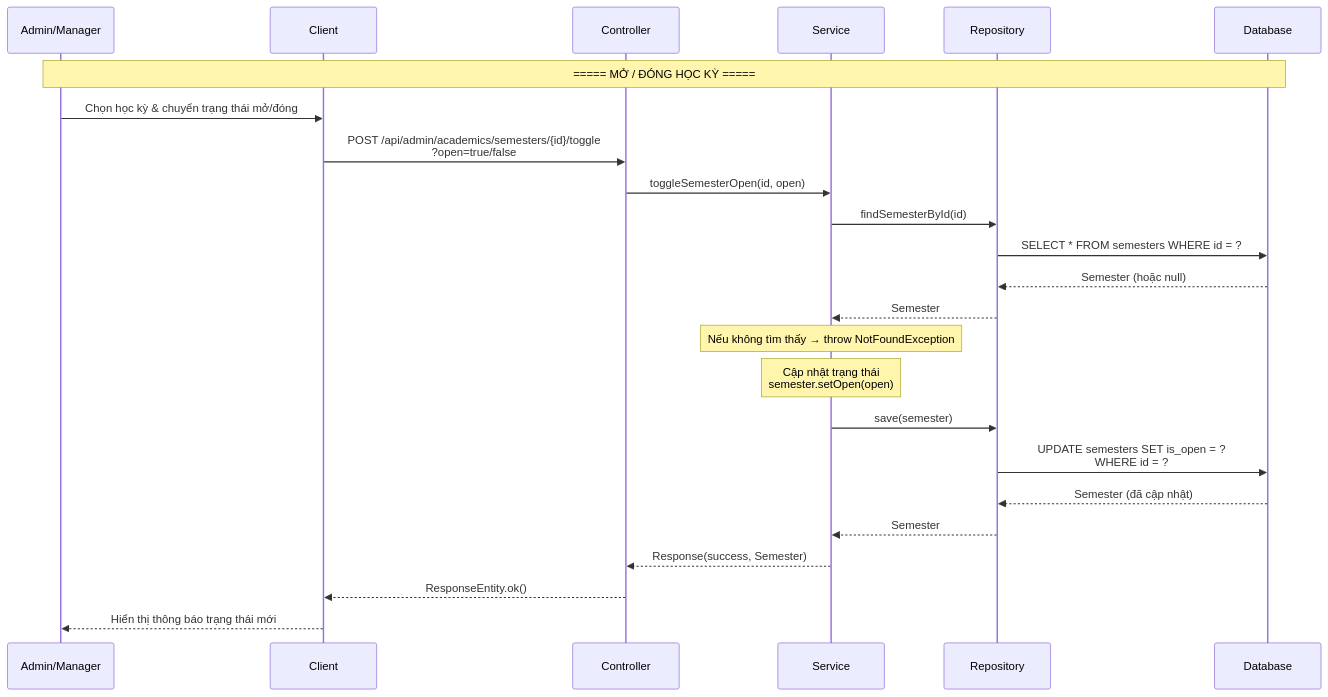
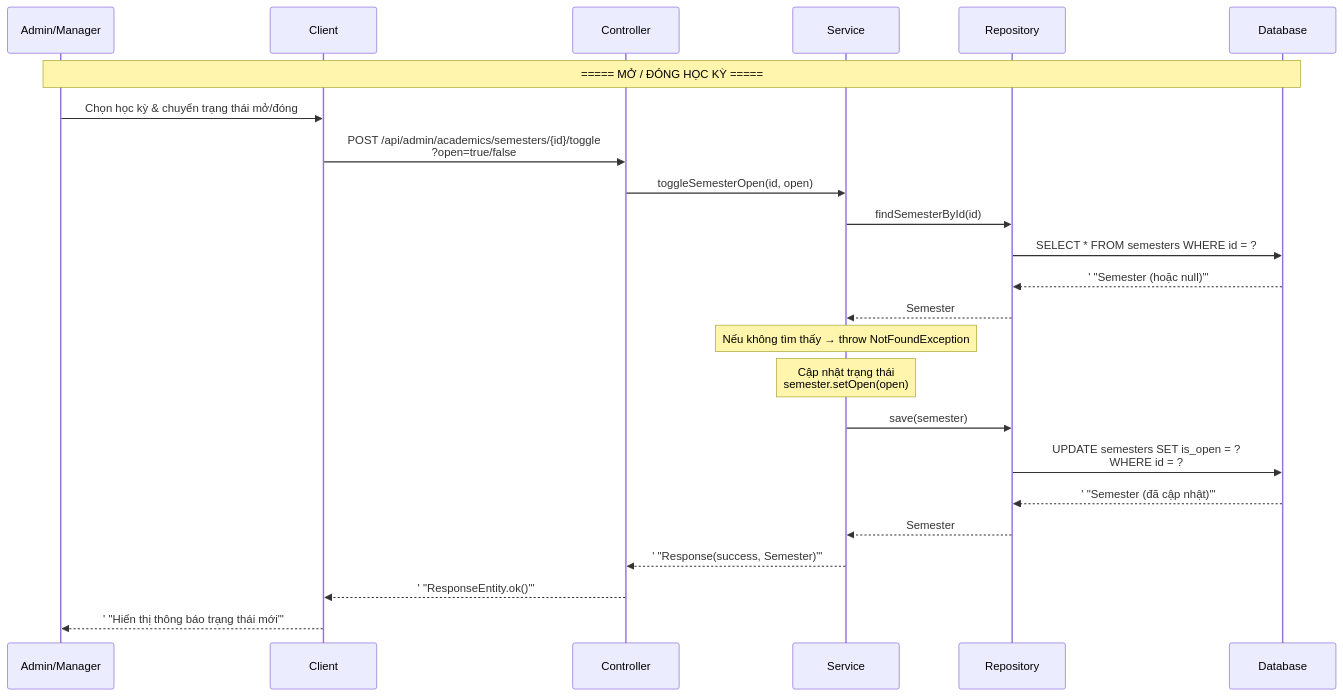
The third of 4 diagrams in docs/sequence-diagramV2/sequence-diagram-academic.md (mchien04/CampusLife), drawn with Mermaid before and after one commit. The commit also changed other lines of this file and 18 other files, not shown here.

First line of the commit message:
fix(sequence-diagramV2): fix Mermaid parse errors

````diff
--- a/docs/sequence-diagramV2/sequence-diagram-academic.md
+++ b/docs/sequence-diagramV2/sequence-diagram-academic.md
@@ -167,31 +167,31 @@
 ```mermaid
 sequenceDiagram
     participant A as Admin/Manager
     participant C as Client
     participant CTL as Controller
     participant SVC as Service
     participant REPO as Repository
     participant DB as Database
 
     Note over A,DB: ===== MỞ / ĐÓNG HỌC KỲ =====
 
     A->>C: Chọn học kỳ & chuyển trạng thái mở/đóng
     C->>CTL: POST /api/admin/academics/semesters/{id}/toggle<br/>?open=true/false
     CTL->>SVC: toggleSemesterOpen(id, open)
 
     SVC->>REPO: findSemesterById(id)
     REPO->>DB: SELECT * FROM semesters WHERE id = ?
-    DB-->>REPO: Semester (hoặc null)
+    DB-->>REPO:' "Semester (hoặc null)"'
     REPO-->>SVC: Semester
 
     Note over SVC: Nếu không tìm thấy → throw NotFoundException
     Note over SVC: Cập nhật trạng thái<br/>semester.setOpen(open)
     SVC->>REPO: save(semester)
     REPO->>DB: UPDATE semesters SET is_open = ?<br/>WHERE id = ?
-    DB-->>REPO: Semester (đã cập nhật)
+    DB-->>REPO:' "Semester (đã cập nhật)"'
     REPO-->>SVC: Semester
 
-    SVC-->>CTL: Response(success, Semester)
-    CTL-->>C: ResponseEntity.ok()
-    C-->>A: Hiển thị thông báo trạng thái mới
+    SVC-->>CTL:' "Response(success, Semester)"'
+    CTL-->>C:' "ResponseEntity.ok()"'
+    C-->>A:' "Hiển thị thông báo trạng thái mới"'
 ```
````
